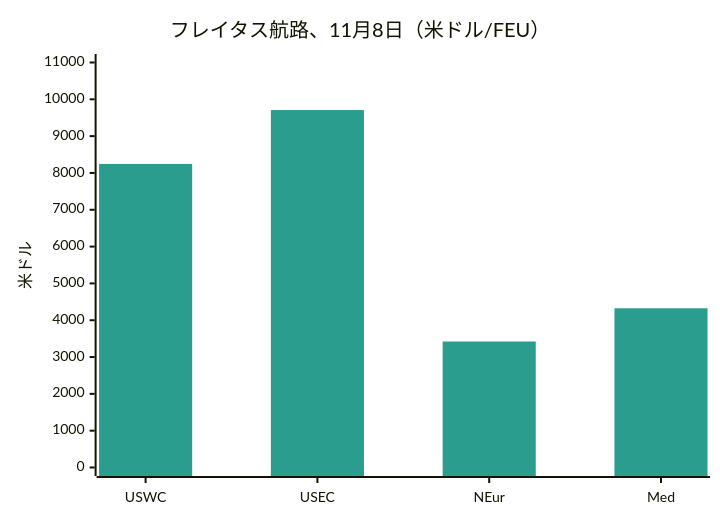
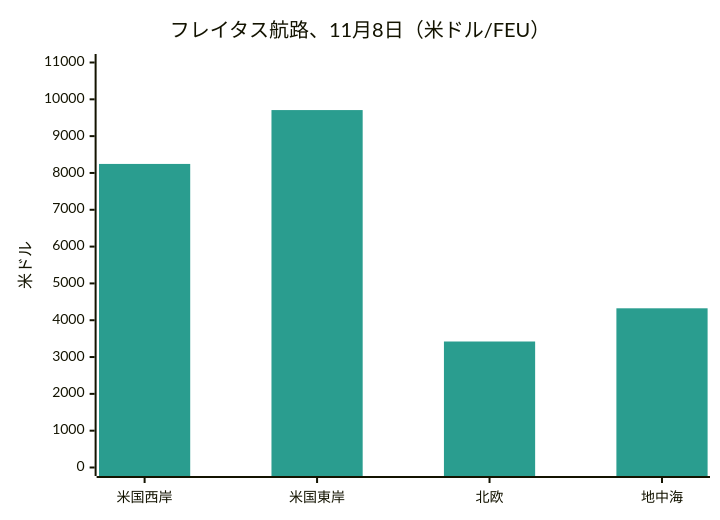
The fifth of 9 diagrams in Global-Trade-Intelligence-weekly-2026-11-09/index.jp.md (dureach/research), drawn with Mermaid before and after one commit. The commit also changed other lines of this file and 5 other files, not shown here.

````diff
--- a/Global-Trade-Intelligence-weekly-2026-11-09/index.jp.md
+++ b/Global-Trade-Intelligence-weekly-2026-11-09/index.jp.md
@@ -399,8 +399,8 @@
 ```mermaid
 %%{init: {'theme': 'base', 'themeVariables': {'xyChart': {'plotColorPalette': '#2a9d8f'}}}}%%
 xychart-beta
     title "フレイタス航路、11月8日（米ドル/FEU）"
-    x-axis ["USWC", "USEC", "NEur", "Med"]
+    x-axis ["米国西岸", "米国東岸", "北欧", "地中海"]
     y-axis "米ドル" 0 --> 11000
     bar [8245, 9708, 3422, 4324]
 ```
````
